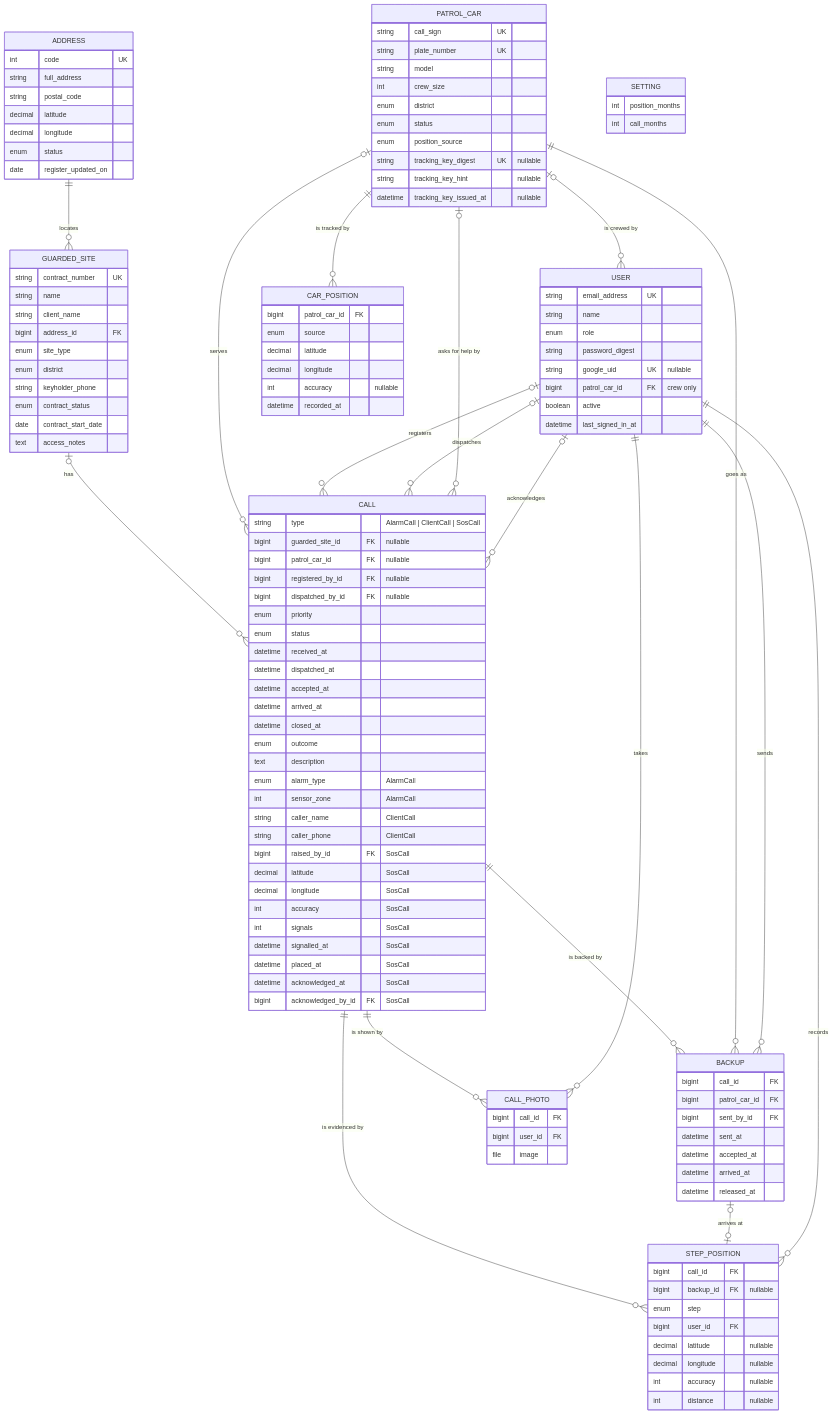
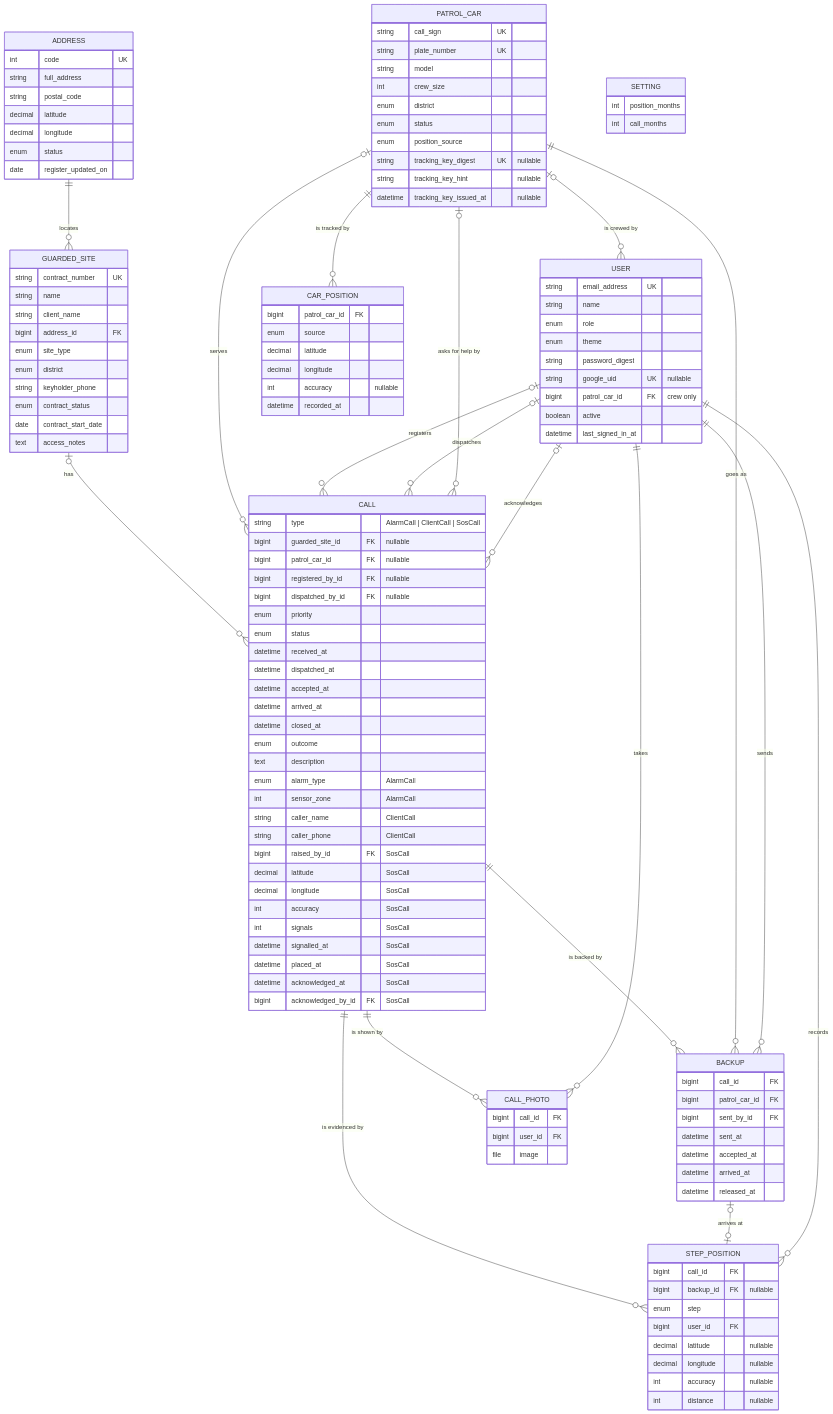
Before and after one commit to jromanovs/patrol-call-system: the first of 2 diagrams in SPECIFICATION.md, drawn with Mermaid. The commit also changed other lines of this file, not shown here.

First line of the commit message:
docs(specification): the theme in the counts, the enumerations and the diagram

```diff
--- a/SPECIFICATION.md
+++ b/SPECIFICATION.md
@@ -323,6 +324,7 @@
         string email_address UK
         string name
         enum role
+        enum theme
         string password_digest
         string google_uid UK "nullable"
         bigint patrol_car_id FK "crew only"
```
